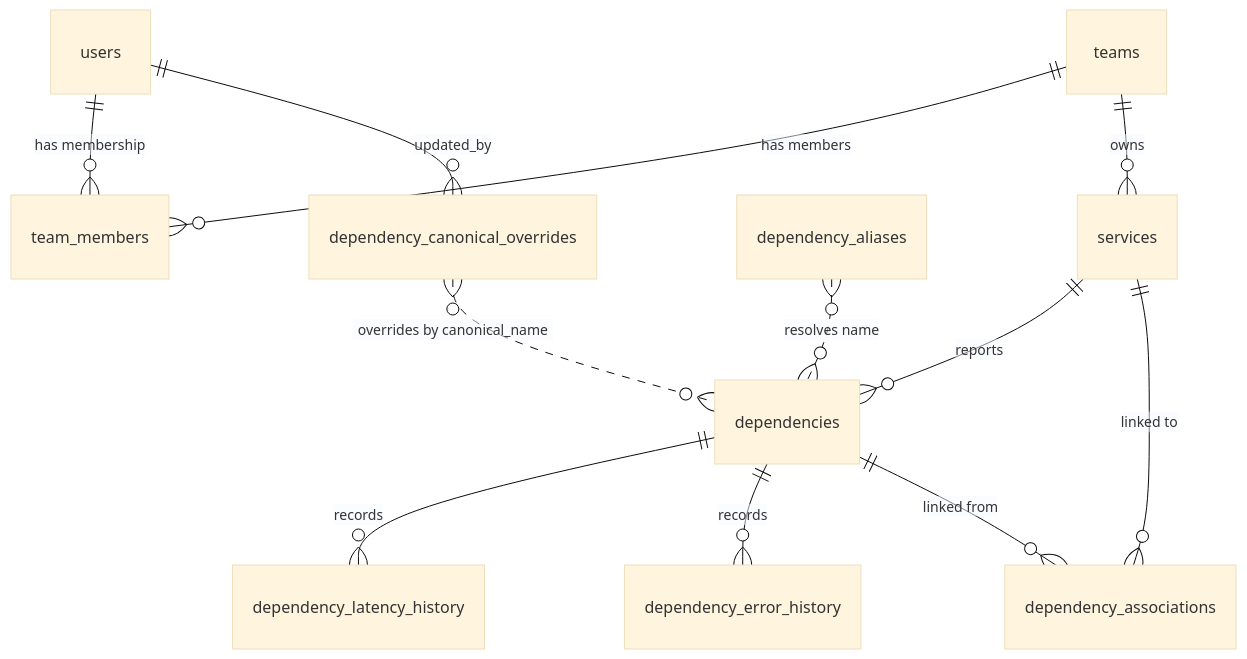
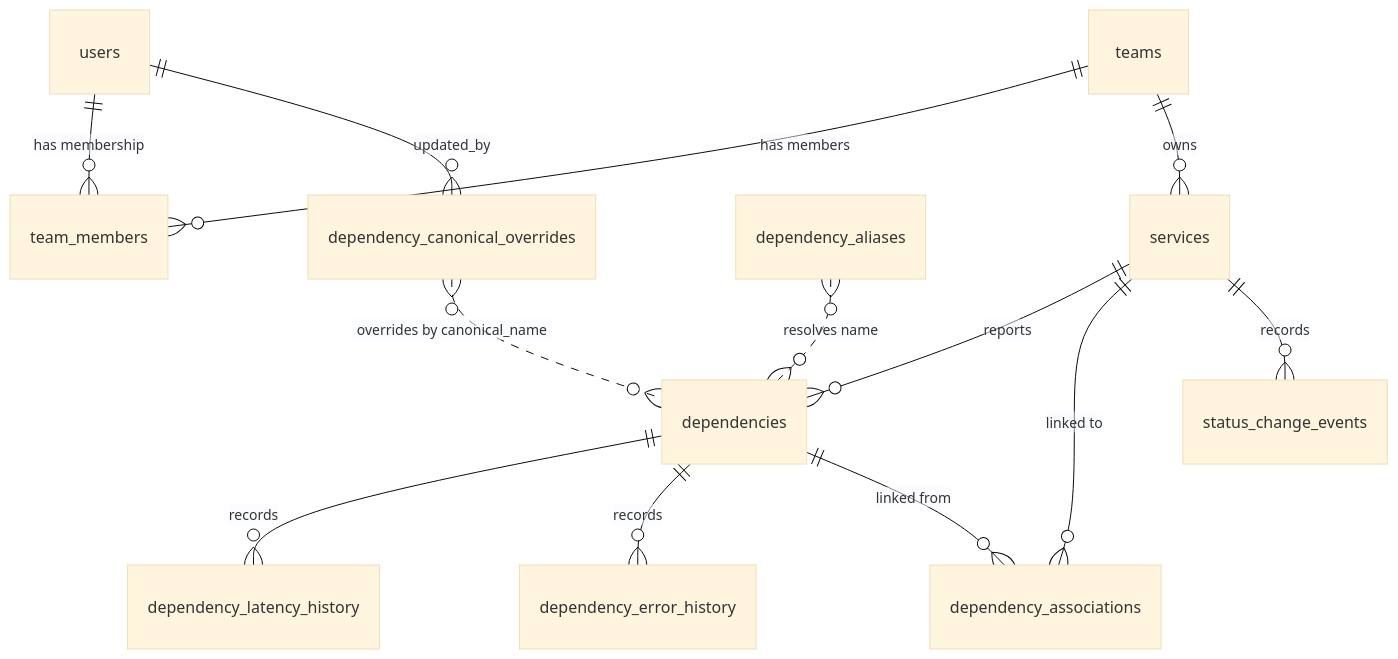
Before and after one commit to copperbox/depsera: the diagram in docs/spec/02-data-model.md, drawn with Mermaid (base theme). The commit also changed other lines of this file and 20 other files, not shown here.

````diff
--- a/docs/spec/02-data-model.md
+++ b/docs/spec/02-data-model.md
@@ -16,14 +16,15 @@
 ```mermaid
 erDiagram
     users ||--o{ team_members : "has membership"
     teams ||--o{ team_members : "has members"
     teams ||--o{ services : "owns"
     services ||--o{ dependencies : "reports"
     dependencies ||--o{ dependency_latency_history : "records"
     dependencies ||--o{ dependency_error_history : "records"
     dependencies ||--o{ dependency_associations : "linked from"
     services ||--o{ dependency_associations : "linked to"
     dependency_aliases }o..o{ dependencies : "resolves name"
     dependency_canonical_overrides }o..o{ dependencies : "overrides by canonical_name"
     users ||--o{ dependency_canonical_overrides : "updated_by"
+    services ||--o{ status_change_events : "records"
 ```
````
